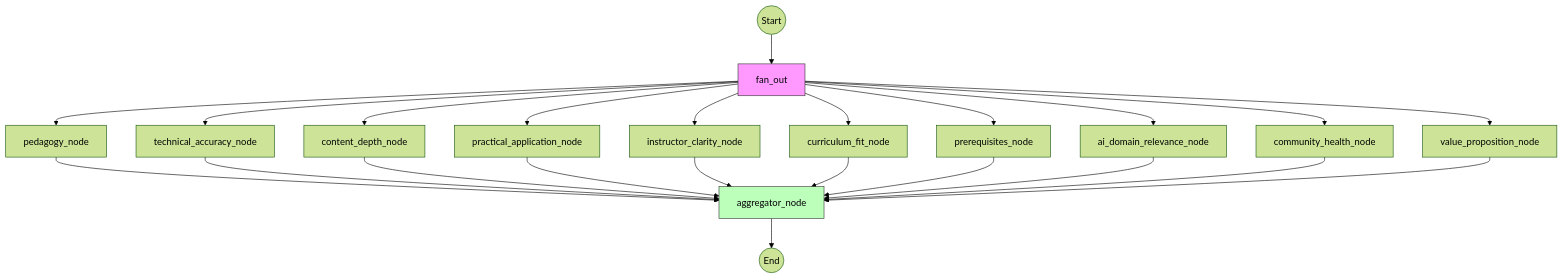
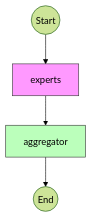
Before and after one commit to v9ai/ai-apps: the eighth of 8 diagrams in apps/knowledge/README.md, drawn with Mermaid (forest theme). The commit also changed other lines of this file and 64 other files, not shown here.

````diff
--- a/apps/knowledge/README.md
+++ b/apps/knowledge/README.md
@@ -356,28 +272,9 @@
 ```mermaid
 graph TD
-    START((Start)) --> fan_out
-    fan_out --> pedagogy_node
-    fan_out --> technical_accuracy_node
-    fan_out --> content_depth_node
-    fan_out --> practical_application_node
-    fan_out --> instructor_clarity_node
-    fan_out --> curriculum_fit_node
-    fan_out --> prerequisites_node
-    fan_out --> ai_domain_relevance_node
-    fan_out --> community_health_node
-    fan_out --> value_proposition_node
-    pedagogy_node --> aggregator_node
-    technical_accuracy_node --> aggregator_node
-    content_depth_node --> aggregator_node
-    practical_application_node --> aggregator_node
-    instructor_clarity_node --> aggregator_node
-    curriculum_fit_node --> aggregator_node
-    prerequisites_node --> aggregator_node
-    ai_domain_relevance_node --> aggregator_node
-    community_health_node --> aggregator_node
-    value_proposition_node --> aggregator_node
-    aggregator_node --> END((End))
+    START((Start)) --> experts
+    experts --> aggregator
+    aggregator --> END((End))
 
-    style fan_out fill:#f9f,stroke:#333
-    style aggregator_node fill:#bfb,stroke:#333
+    style experts fill:#f9f,stroke:#333
+    style aggregator fill:#bfb,stroke:#333
 ```
````
